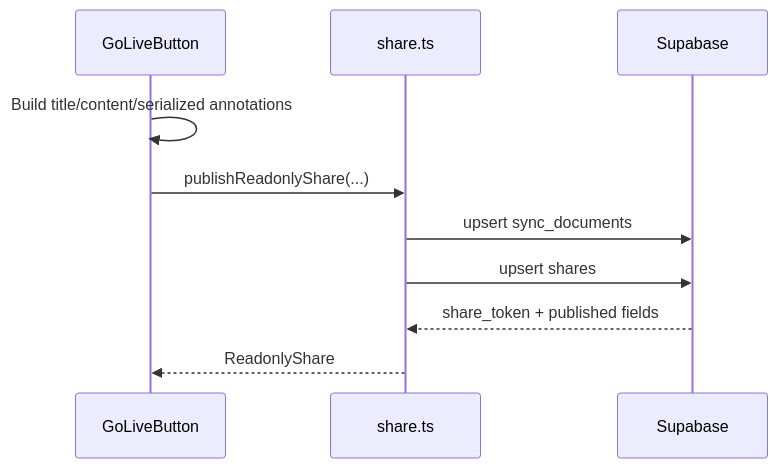
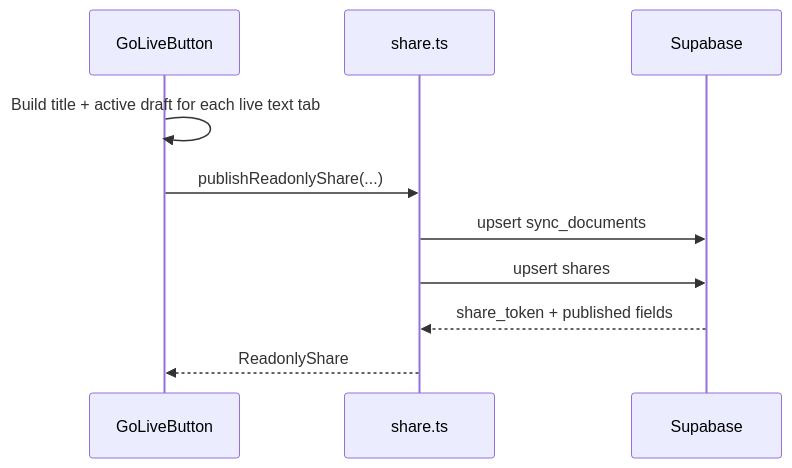
The fourth of 4 diagrams in docs/collaboration.md (ThatXliner/Quillium), drawn with Mermaid before and after one commit. The commit also changed other lines of this file and 10 other files, not shown here.

````diff
--- a/docs/collaboration.md
+++ b/docs/collaboration.md
@@ -179,13 +179,13 @@
 ```mermaid
 sequenceDiagram
     participant UI as GoLiveButton
     participant Share as share.ts
     participant Supabase
 
-    UI->>UI: Build title/content/serialized annotations
+    UI->>UI: Build title + active draft for each live text tab
     UI->>Share: publishReadonlyShare(...)
     Share->>Supabase: upsert sync_documents
     Share->>Supabase: upsert shares
     Supabase-->>Share: share_token + published fields
     Share-->>UI: ReadonlyShare
 ```
````
